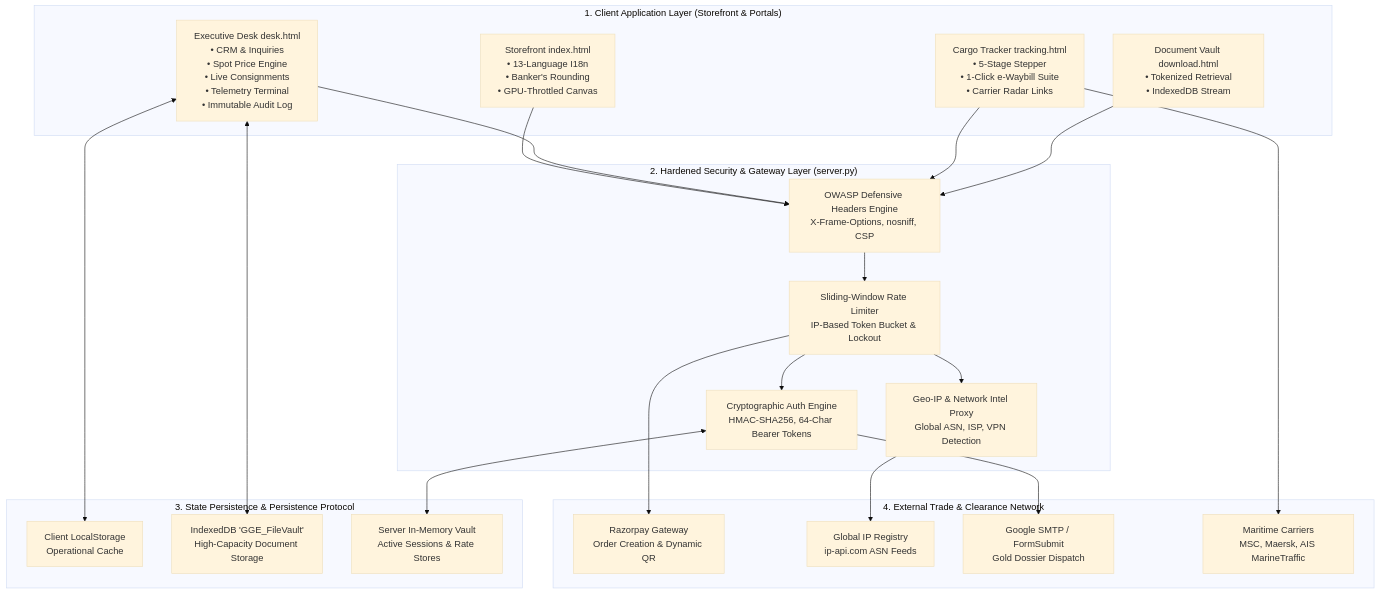
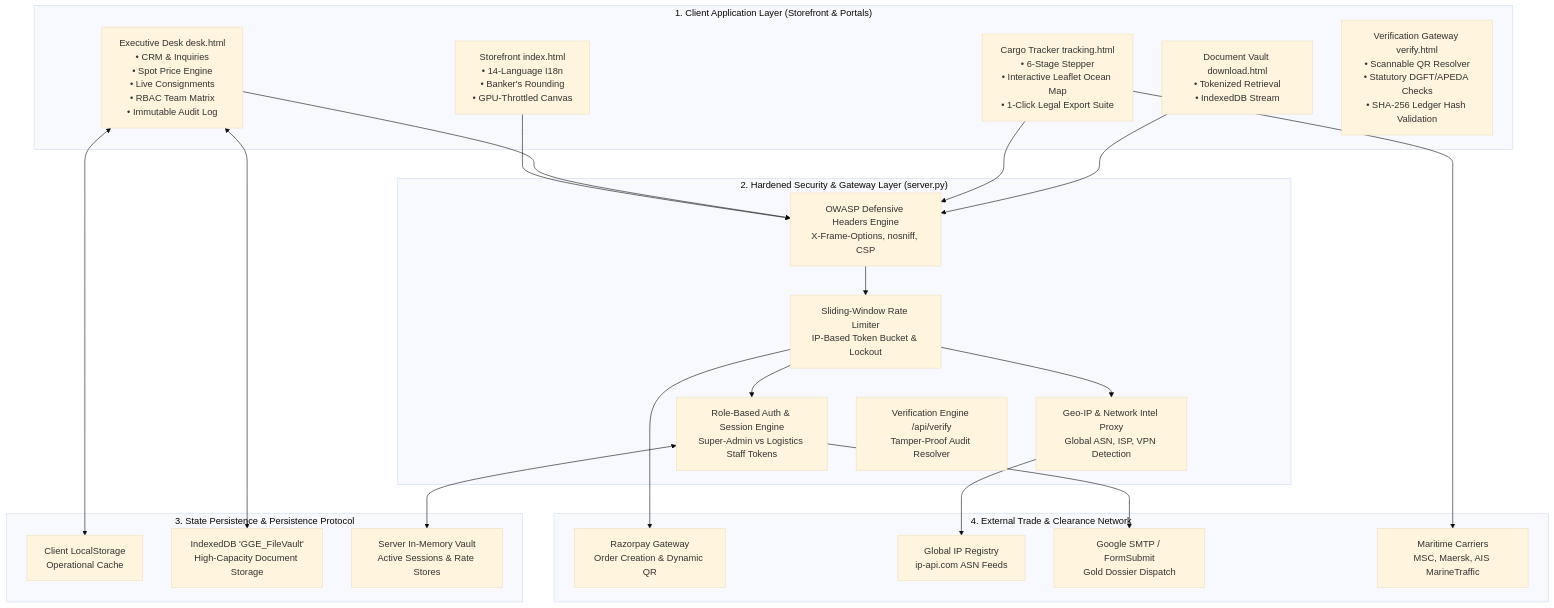
One commit to Deathwell/GoldenGlobalExpo changed the diagram in EXECUTIVE_DELIVERY_DOSSIER.md. Above: the diagram before and after it, drawn with Mermaid (base theme). The commit also changed other lines of this file and 199 other files, not shown here.

````diff
--- a/EXECUTIVE_DELIVERY_DOSSIER.md
+++ b/EXECUTIVE_DELIVERY_DOSSIER.md
@@ -30,47 +31,49 @@
 ```mermaid
 graph TB
     subgraph ClientLayer ["1. Client Application Layer (Storefront & Portals)"]
-        A1[Storefront index.html<br/>• 13-Language I18n<br/>• Banker's Rounding<br/>• GPU-Throttled Canvas]
-        A2[Executive Desk desk.html<br/>• CRM & Inquiries<br/>• Spot Price Engine<br/>• Live Consignments<br/>• Telemetry Terminal<br/>• Immutable Audit Log]
-        A3[Cargo Tracker tracking.html<br/>• 5-Stage Stepper<br/>• 1-Click e-Waybill Suite<br/>• Carrier Radar Links]
+        A1[Storefront index.html<br/>• 14-Language I18n<br/>• Banker's Rounding<br/>• GPU-Throttled Canvas]
+        A2[Executive Desk desk.html<br/>• CRM & Inquiries<br/>• Spot Price Engine<br/>• Live Consignments<br/>• RBAC Team Matrix<br/>• Immutable Audit Log]
+        A3[Cargo Tracker tracking.html<br/>• 6-Stage Stepper<br/>• Interactive Leaflet Ocean Map<br/>• 1-Click Legal Export Suite]
         A4[Document Vault download.html<br/>• Tokenized Retrieval<br/>• IndexedDB Stream]
+        A5[Verification Gateway verify.html<br/>• Scannable QR Resolver<br/>• Statutory DGFT/APEDA Checks<br/>• SHA-256 Ledger Hash Validation]
     end
 
     subgraph SecurityGateway ["2. Hardened Security & Gateway Layer (server.py)"]
         B1[OWASP Defensive Headers Engine<br/>X-Frame-Options, nosniff, CSP]
         B2[Sliding-Window Rate Limiter<br/>IP-Based Token Bucket & Lockout]
-        B3[Cryptographic Auth Engine<br/>HMAC-SHA256, 64-Char Bearer Tokens]
+        B3[Role-Based Auth & Session Engine<br/>Super-Admin vs Logistics Staff Tokens]
         B4[Geo-IP & Network Intel Proxy<br/>Global ASN, ISP, VPN Detection]
+        B5[Verification Engine /api/verify<br/>Tamper-Proof Audit Resolver]
     end
 
     subgraph StorageLayer ["3. State Persistence & Persistence Protocol"]
         C1[Client LocalStorage<br/>Operational Cache]
         C2[IndexedDB 'GGE_FileVault'<br/>High-Capacity Document Storage]
         C3[Server In-Memory Vault<br/>Active Sessions & Rate Stores]
     end
 
     subgraph ExternalIntegrations ["4. External Trade & Clearance Network"]
         D1[Razorpay Gateway<br/>Order Creation & Dynamic QR]
         D2[Global IP Registry<br/>ip-api.com ASN Feeds]
         D3[Google SMTP / FormSubmit<br/>Gold Dossier Dispatch]
         D4[Maritime Carriers<br/>MSC, Maersk, AIS MarineTraffic]
     end
 
     A1 --> B1
     A2 --> B1
     A3 --> B1
     A4 --> B1
     
     B1 --> B2
     B2 --> B3
     B2 --> B4
     
     A2 <--> C1
     A2 <--> C2
     B3 <--> C3
     
     B2 --> D1
     B4 --> D2
     B3 --> D3
     A3 --> D4
 ```
````
